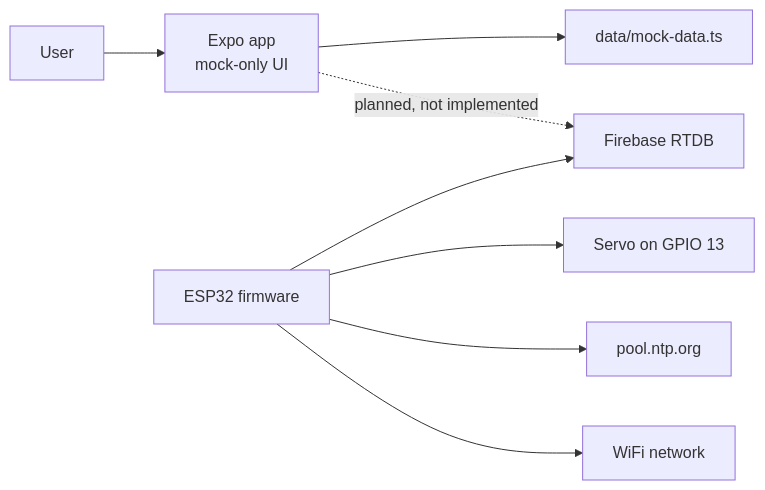
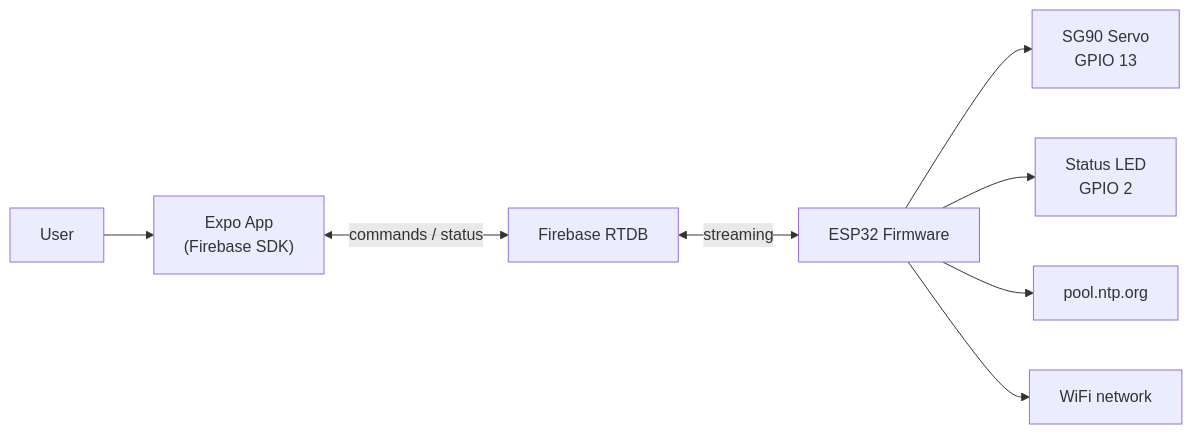
Before and after one commit to Mamba343/PetFeeder: the first of 5 diagrams in docs/Architecture.md, drawn with Mermaid. The commit also changed other lines of this file and 21 other files, not shown here.

````diff
--- a/docs/Architecture.md
+++ b/docs/Architecture.md
@@ -13,12 +15,10 @@
 ```mermaid
 flowchart LR
-  User["User"] --> App["Expo app\nmock-only UI"]
-  App --> MockData["data/mock-data.ts"]
-
-  Firmware["ESP32 firmware"] --> Firebase["Firebase RTDB"]
-  Firmware --> Servo["Servo on GPIO 13"]
-  Firmware --> NTP["pool.ntp.org"]
-  Firmware --> WiFi["WiFi network"]
-
-  App -. "planned, not implemented" .-> Firebase
+  User["User"] --> App["Expo App\n(Firebase SDK)"]
+  App <-->|commands / status| Firebase["Firebase RTDB"]
+  Firebase <-->|streaming| ESP32["ESP32 Firmware"]
+  ESP32 --> Servo["SG90 Servo\nGPIO 13"]
+  ESP32 --> LED["Status LED\nGPIO 2"]
+  ESP32 --> NTP["pool.ntp.org"]
+  ESP32 --> WiFi["WiFi network"]
 ```
````
